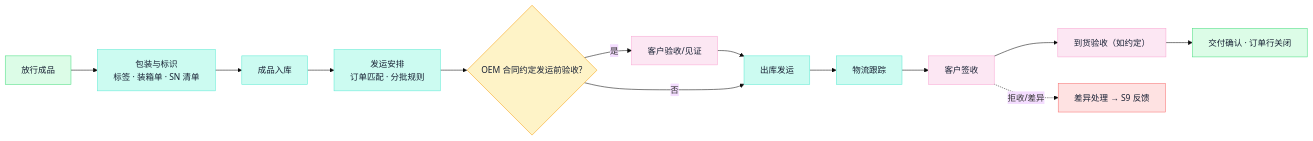
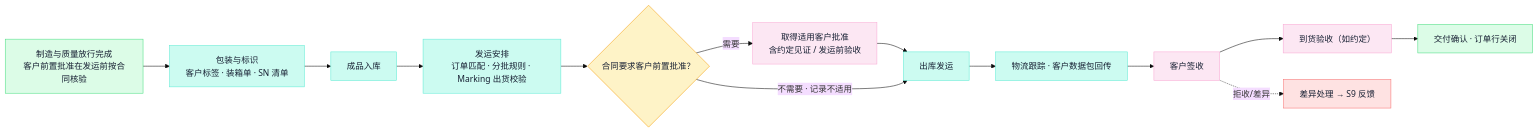
One commit to ink-hz/AI-Manufacturing-Platform changed diagram 15 of 18 in docs/manufacturing-system-handbook.md. Above: the diagram before and after it, drawn with Mermaid (base theme). The commit also changed other lines of this file and 9 other files, not shown here.

First line of the commit message:
docs: OEM revision of handbook, architecture, flows and design document

````diff
--- a/docs/manufacturing-system-handbook.md
+++ b/docs/manufacturing-system-handbook.md
@@ -707,22 +985,22 @@
 ```mermaid
 flowchart LR
-    A[放行成品] --> B[包装与标识<br/>标签 · 装箱单 · SN 清单]
-    B --> C[成品入库]
-    C --> D[发运安排<br/>订单匹配 · 分批规则]
-    D --> E{OEM 合同约定发运前验收?}
-    E -->|是| F[客户验收/见证] --> G[出库发运]
-    E -->|否| G
-    G --> H[物流跟踪] --> I[客户签收]
-    I --> J[到货验收（如约定）] --> K[交付确认 · 订单行关闭]
-    I -.拒收/差异.-> L[差异处理 → S9 反馈]
+    A["制造与质量放行完成<br/>客户前置批准在发运前按合同核验"] --> B["包装与标识<br/>客户标签 · 装箱单 · SN 清单"]
+    B --> C["成品入库"]
+    C --> D["发运安排<br/>订单匹配 · 分批规则 · Marking 出货校验"]
+    D --> E{"合同要求客户前置批准？"}
+    E -->|"需要"| F["取得适用客户批准<br/>含约定见证 / 发运前验收"] --> G["出库发运"]
+    E -->|"不需要 · 记录不适用"| G
+    G --> H["物流跟踪 · 客户数据包回传"] --> I["客户签收"]
+    I --> J["到货验收（如约定）"] --> K["交付确认 · 订单行关闭"]
+    I -.->|"拒收/差异"| L["差异处理 → S9 反馈"]
     class A,K exec
     class B,C,D,G,H flow
     class E qa
     class F,I,J cust
     class L risk
     classDef exec fill:#DCFCE7,stroke:#4ADE80,color:#172033;
     classDef flow fill:#CCFBF1,stroke:#5EEAD4,color:#172033;
     classDef qa fill:#FEF3C7,stroke:#F59E0B,color:#172033;
     classDef cust fill:#FCE7F3,stroke:#F9A8D4,color:#172033;
     classDef risk fill:#FEE2E2,stroke:#F87171,color:#172033;
 ```
````
